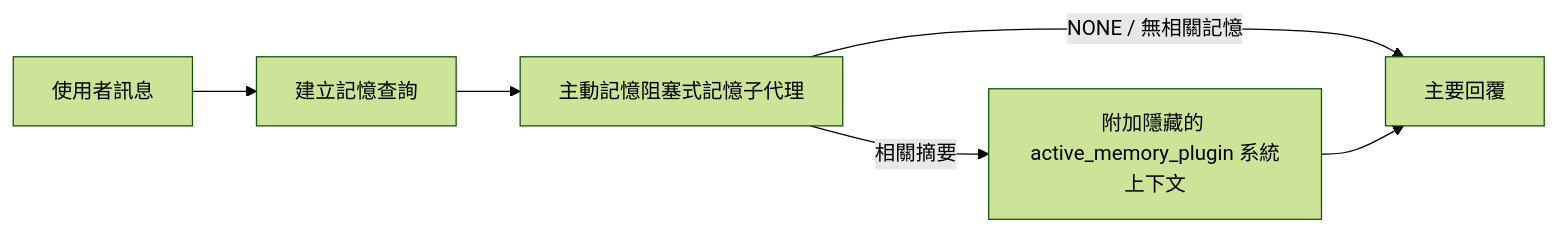
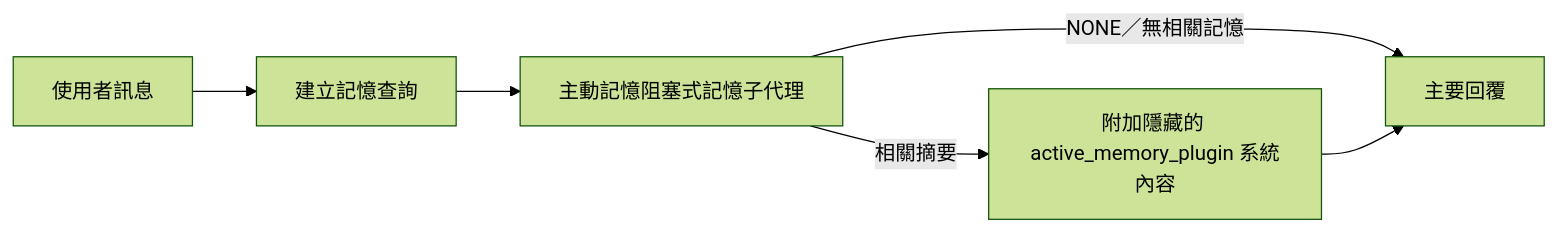
Before and after one commit to openclaw/docs: the diagram in docs/zh-TW/concepts/active-memory.md, drawn with Mermaid (forest theme). The commit also changed other lines of this file and 6121 other files, not shown here.

````diff
--- a/docs/zh-TW/concepts/active-memory.md
+++ b/docs/zh-TW/concepts/active-memory.md
@@ -73,8 +84,8 @@
 ```mermaid
 flowchart LR
   U["使用者訊息"] --> Q["建立記憶查詢"]
   Q --> R["主動記憶阻塞式記憶子代理"]
-  R -->|NONE / 無相關記憶| M["主要回覆"]
-  R -->|相關摘要| I["附加隱藏的 active_memory_plugin 系統上下文"]
+  R -->|NONE／無相關記憶| M["主要回覆"]
+  R -->|相關摘要| I["附加隱藏的 active_memory_plugin 系統內容"]
   I --> M["主要回覆"]
 ```
````
